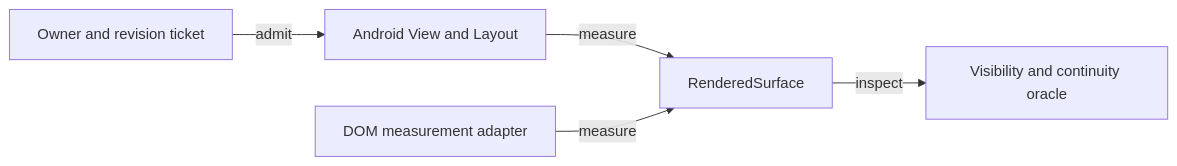
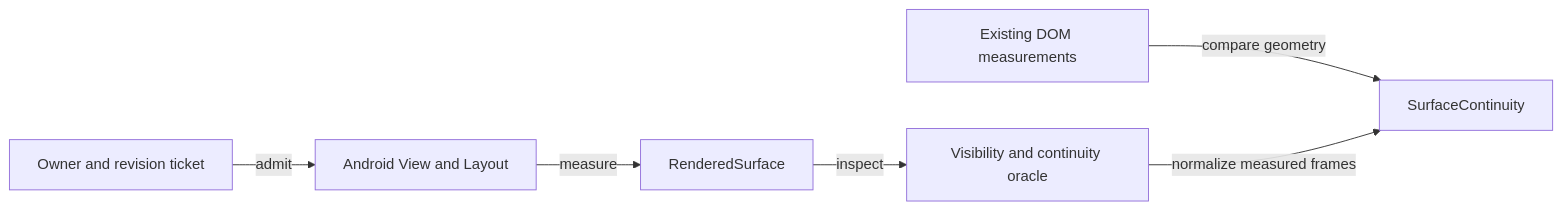
Before and after one commit to crististefanita/whist: the second of 2 diagrams in docs/testing/ATF_DisplayComponents.md, drawn with Mermaid. The commit also changed 4 other files, not shown here.

````diff
--- a/docs/testing/ATF_DisplayComponents.md
+++ b/docs/testing/ATF_DisplayComponents.md
@@ -166,7 +166,8 @@
 ```mermaid
 flowchart LR
     NATIVE["Android View and Layout"] -->|measure| PORT["RenderedSurface"]
-    DOM["DOM measurement adapter"] -->|measure| PORT
     PORT -->|inspect| ORACLE["Visibility and continuity oracle"]
+    DOM["Existing DOM measurements"] -->|compare geometry| GEOMETRY["SurfaceContinuity"]
+    ORACLE -->|normalize measured frames| GEOMETRY
     EPOCH["Owner and revision ticket"] -->|admit| NATIVE
 ```
````
